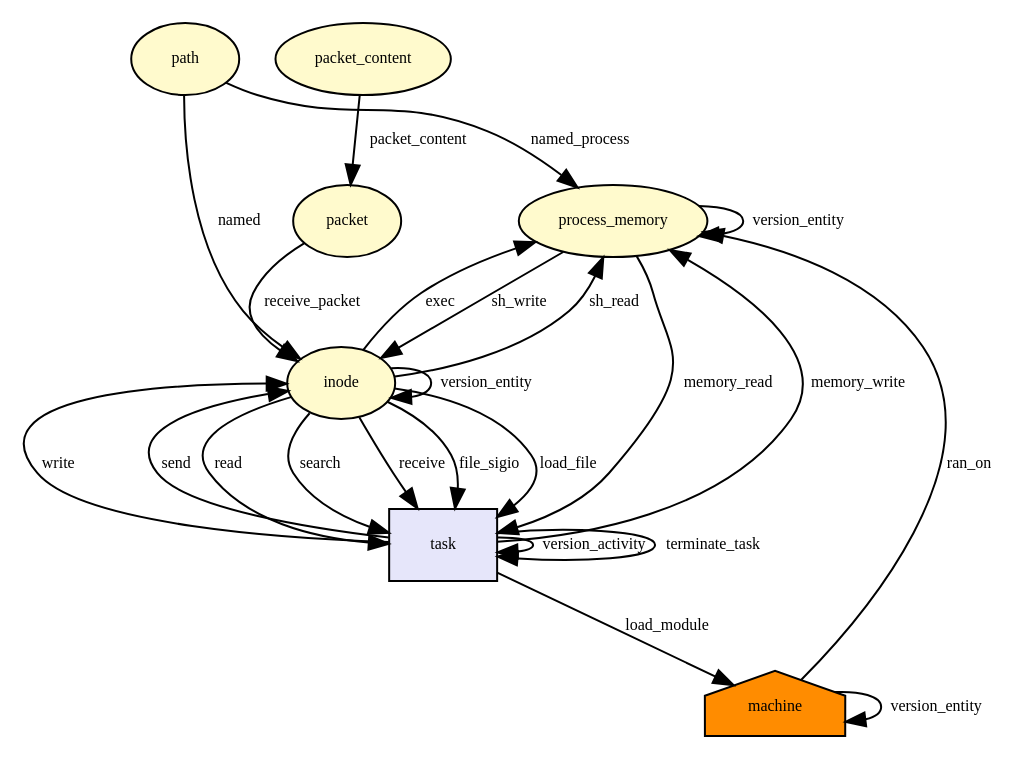
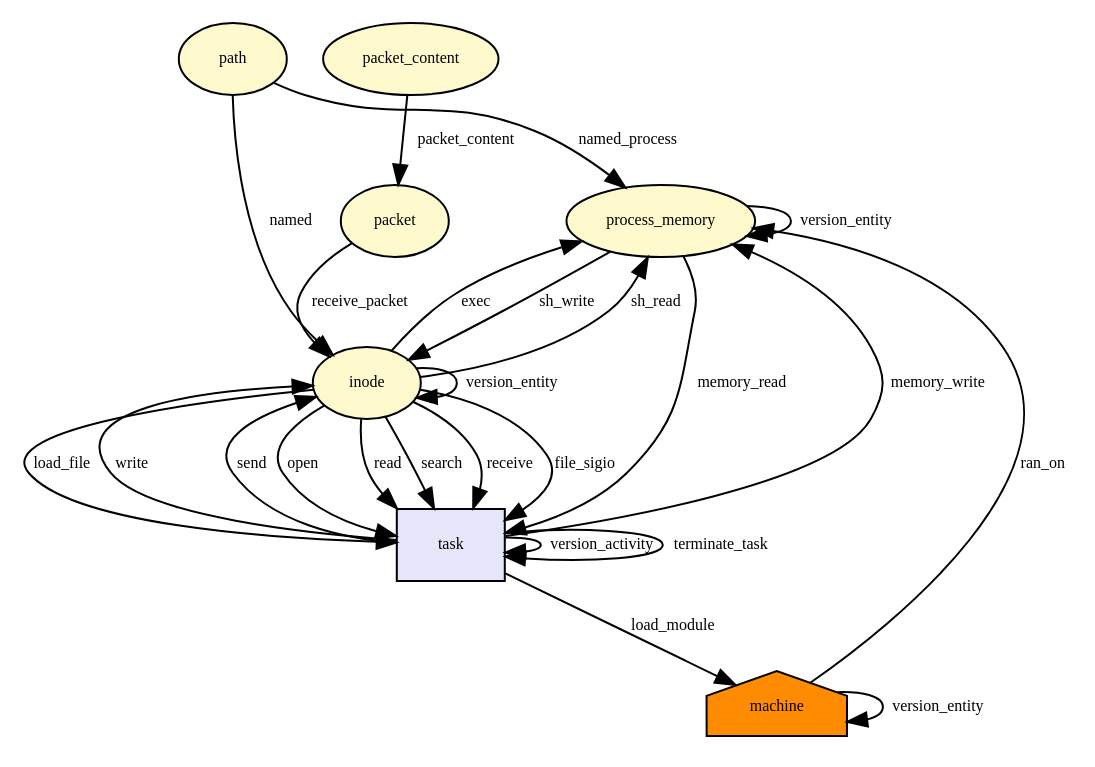
One commit to CamFlow/camflow-dev changed the diagram in docs/dot/__x64_sys_finit_module.dot. Above: the diagram before and after it, drawn with Graphviz. The commit also changed 7 other files, not shown here.

```diff
--- a/docs/dot/__x64_sys_finit_module.dot
+++ b/docs/dot/__x64_sys_finit_module.dot
@@ -1,61 +1,63 @@
 digraph RGL__DirectedAdjacencyGraph {path[fontsize = 8,label = path,shape = ellipse, fillcolor="#fffacd", style = filled]
 
 process_memory[fontsize = 8,label = process_memory,shape = ellipse, fillcolor="#fffacd", style = filled]
 
 path -> process_memory[fontsize = 8,label = named_process]
 
 machine[fontsize = 8,label = machine,shape = house, fillcolor="#ff8c00", style = filled]
 
 machine -> process_memory[fontsize = 8,label = ran_on]
 
 inode[fontsize = 8,label = inode,shape = ellipse, fillcolor="#fffacd", style = filled]
 
 path -> inode[fontsize = 8,label = named]
 
 task[fontsize = 8,label = task,shape = rectangle, fillcolor="#e6e6fa", style = filled]
 
+inode -> task[fontsize = 8,label = open]
+
+task -> process_memory[fontsize = 8,label = memory_write]
+
+task -> task[fontsize = 8,label = version_activity]
+
+process_memory -> process_memory[fontsize = 8,label = version_entity]
+
+process_memory -> inode[fontsize = 8,label = sh_write]
+
+inode -> inode[fontsize = 8,label = version_entity]
+
 process_memory -> task[fontsize = 8,label = memory_read]
 
 task -> inode[fontsize = 8,label = write]
 
-task -> task[fontsize = 8,label = version_activity]
-
-inode -> inode[fontsize = 8,label = version_entity]
-
 inode -> process_memory[fontsize = 8,label = sh_read]
 
-process_memory -> process_memory[fontsize = 8,label = version_entity]
-
 inode -> task[fontsize = 8,label = read]
-
-task -> process_memory[fontsize = 8,label = memory_write]
-
-process_memory -> inode[fontsize = 8,label = sh_write]
 
 inode -> task[fontsize = 8,label = search]
 
 task -> inode[fontsize = 8,label = send]
 
 inode -> task[fontsize = 8,label = receive]
 
 inode -> process_memory[fontsize = 8,label = exec]
 
 inode -> task[fontsize = 8,label = file_sigio]
 
 inode -> task[fontsize = 8,label = load_file]
 
 task -> machine[fontsize = 8,label = load_module]
 
 machine -> machine[fontsize = 8,label = version_entity]
 
 packet_content[fontsize = 8,label = packet_content,shape = ellipse, fillcolor="#fffacd", style = filled]
 
 packet[fontsize = 8,label = packet,shape = ellipse, fillcolor="#fffacd", style = filled]
 
 packet_content -> packet[fontsize = 8,label = packet_content]
 
 packet -> inode[fontsize = 8,label = receive_packet]
 
 task -> task[fontsize = 8,label = terminate_task]
 
 }
```
